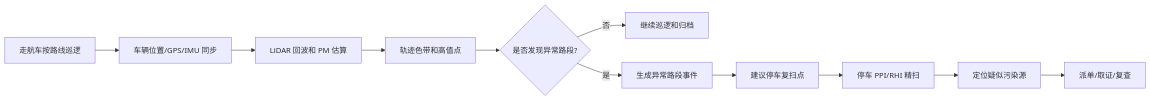
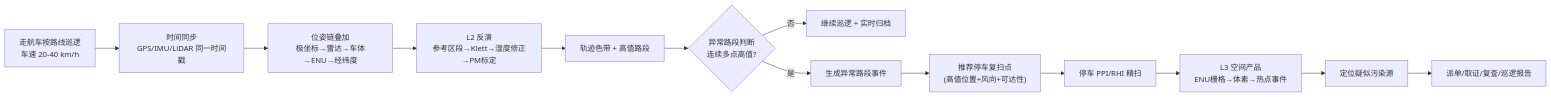
The third of 4 diagrams in docs/15. 一个最现实的工程闭环是什么样.md (horizon1234/lidar), drawn with Mermaid before and after one commit. The commit also changed other lines of this file and 41 other files, not shown here.

````diff
--- a/docs/15. 一个最现实的工程闭环是什么样.md
+++ b/docs/15. 一个最现实的工程闭环是什么样.md
@@ -63,13 +164,15 @@
 ```mermaid
 flowchart LR
-    A[走航车按路线巡逻] --> B[车辆位置/GPS/IMU 同步]
-    B --> C[LiDAR 回波和 PM 估算]
-    C --> D[轨迹色带和高值点]
-    D --> E{是否发现异常路段?}
-    E -- 否 --> F[继续巡逻和归档]
-    E -- 是 --> G[生成异常路段事件]
-    G --> H[建议停车复扫点]
-    H --> I[停车 PPI/RHI 精扫]
-    I --> J[定位疑似污染源]
-    J --> K[派单/取证/复查]
+    A["走航车按路线巡逻<br/>车速 20-40 km/h"] --> B["时间同步<br/>GPS/IMU/LiDAR 同一时间戳"]
+    B --> C["位姿链叠加<br/>极坐标→雷达→车体→ENU→经纬度"]
+    C --> D["L2 反演<br/>参考区段→Klett→湿度修正→PM标定"]
+    D --> E["轨迹色带 + 高值路段"]
+    E --> F{"异常路段判断<br/>连续多点高值?"}
+    F -- 否 --> G["继续巡逻 + 实时归档"]
+    F -- 是 --> H["生成异常路段事件"]
+    H --> I["推荐停车复扫点<br/>(高值位置+风向+可达性)"]
+    I --> J["停车 PPI/RHI 精扫"]
+    J --> K["L3 空间产品<br/>ENU栅格→体素→热点事件"]
+    K --> L["定位疑似污染源"]
+    L --> M["派单/取证/复查/巡逻报告"]
 ```
````
